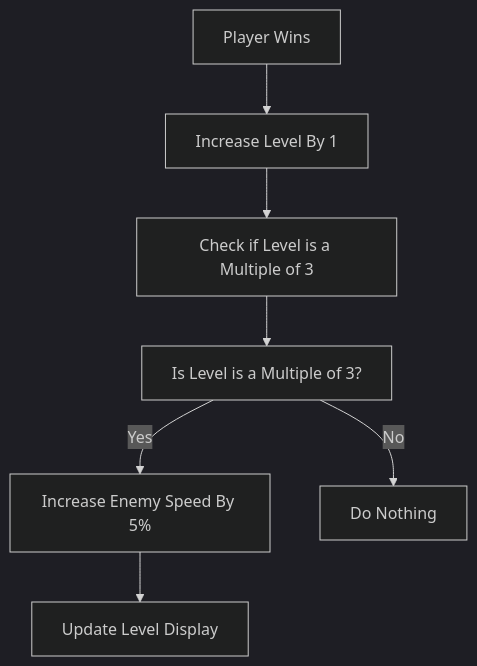
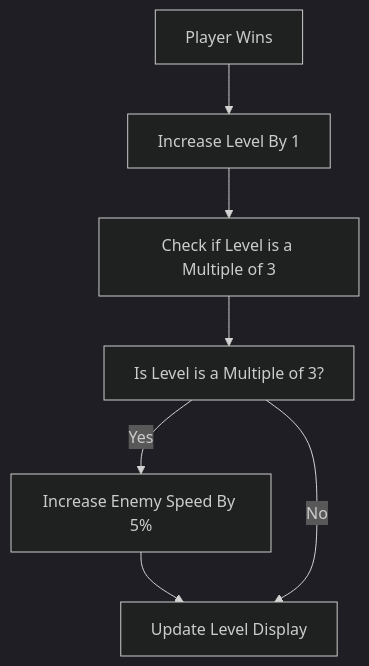
Before and after one commit to algosup/2024-2025-project-1-fpga-team-6: the ninth of 9 diagrams in Documents/TechnicalSpecifications/technicalSpecifications.md, drawn with Mermaid (dark theme). The commit also changed other lines of this file, not shown here.

Commit message:
Update technicalSpecifications.md
Update schematics to correct issue #5

````diff
--- a/Documents/TechnicalSpecifications/technicalSpecifications.md
+++ b/Documents/TechnicalSpecifications/technicalSpecifications.md
@@ -444,9 +444,9 @@
 ```mermaid
 graph TD
     A[Player Wins] --> Z[Increase Level By 1]
     Z --> B[Check if Level is a Multiple of 3]
     B --> C[Is Level is a Multiple of 3?]
     C --> |Yes| E[Increase Enemy Speed By 5%]
     E --> F[Update Level Display]
-    C --> |No| G[Do Nothing]
+    C --> |No| F
 ```
````
